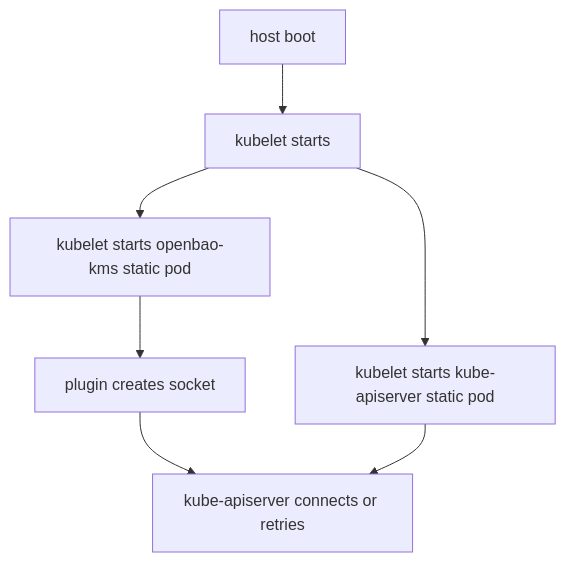
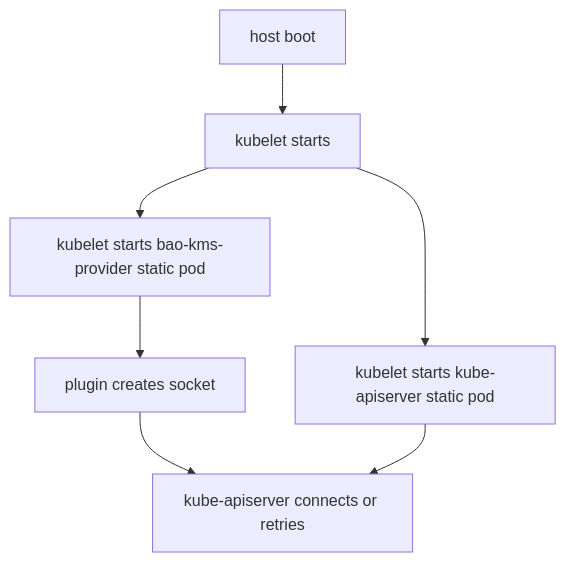
Before and after one commit to dc-tec/openbao-kubernetes-kms: the sixth of 6 diagrams in docs/architecture/overview.md, drawn with Mermaid. The commit also changed other lines of this file and 50 other files, not shown here.

````diff
--- a/docs/architecture/overview.md
+++ b/docs/architecture/overview.md
@@ -227,13 +240,13 @@
 ```mermaid
 flowchart TD
     A["host boot"]
     B["kubelet starts"]
-    C["kubelet starts openbao-kms static pod"]
+    C["kubelet starts bao-kms-provider static pod"]
     D["kubelet starts kube-apiserver static pod"]
     E["plugin creates socket"]
     F["kube-apiserver connects or retries"]
 
     A --> B
     B --> C --> E --> F
     B --> D --> F
 ```
````
